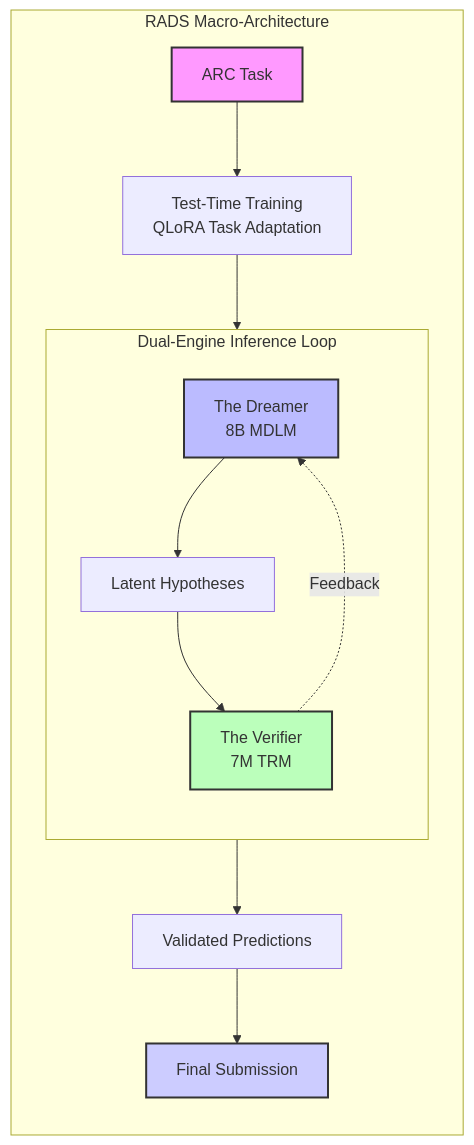
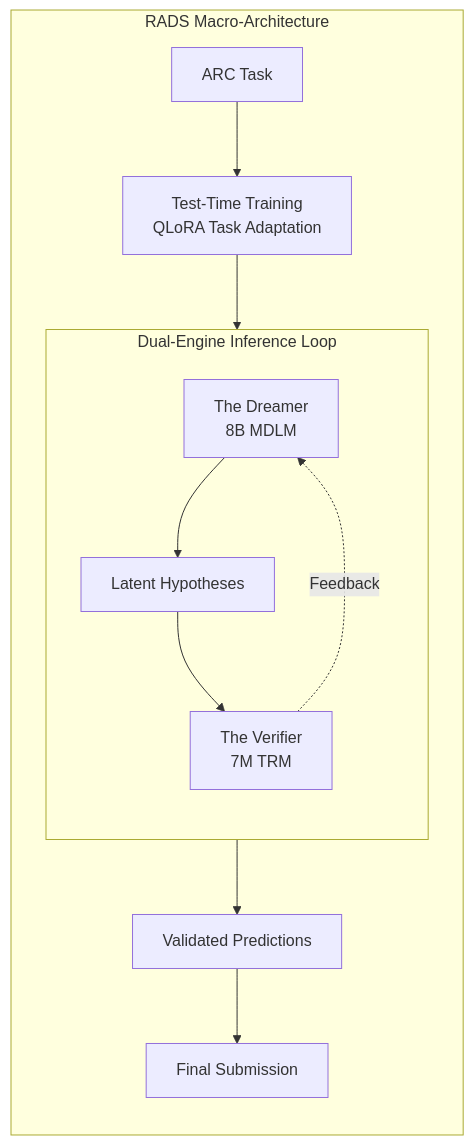
The first of 5 diagrams in README.md (emanuellcs/rads), drawn with Mermaid before and after one commit. The commit also changed other lines of this file, not shown here.

Commit message:
docs: remove Mermaid style

````diff
--- a/README.md
+++ b/README.md
@@ -25,32 +25,27 @@
 ```mermaid
 graph TD
     subgraph "RADS Macro-Architecture"
         direction TB
         Task[ARC Task]
         TTT[Test-Time Training <br/> QLoRA Task Adaptation]
         
         subgraph "Dual-Engine Inference Loop"
             direction TB
             Dreamer[The Dreamer <br/> 8B MDLM]
             Hypotheses[Latent Hypotheses]
             Verifier[The Verifier <br/> 7M TRM]
             
             Dreamer --> Hypotheses
             Hypotheses --> Verifier
             Verifier -. Feedback .-> Dreamer
         end
         
         Validated[Validated Predictions]
         Submission[Final Submission]
 
         Task --> TTT
         TTT --> Dreamer
         Verifier --> Validated
         Validated --> Submission
     end
-
-    style Task fill:#f9f,stroke:#333,stroke-width:2px
-    style Submission fill:#ccf,stroke:#333,stroke-width:2px
-    style Dreamer fill:#bbf,stroke:#333,stroke-width:2px
-    style Verifier fill:#bfb,stroke:#333,stroke-width:2px
 ```
````
